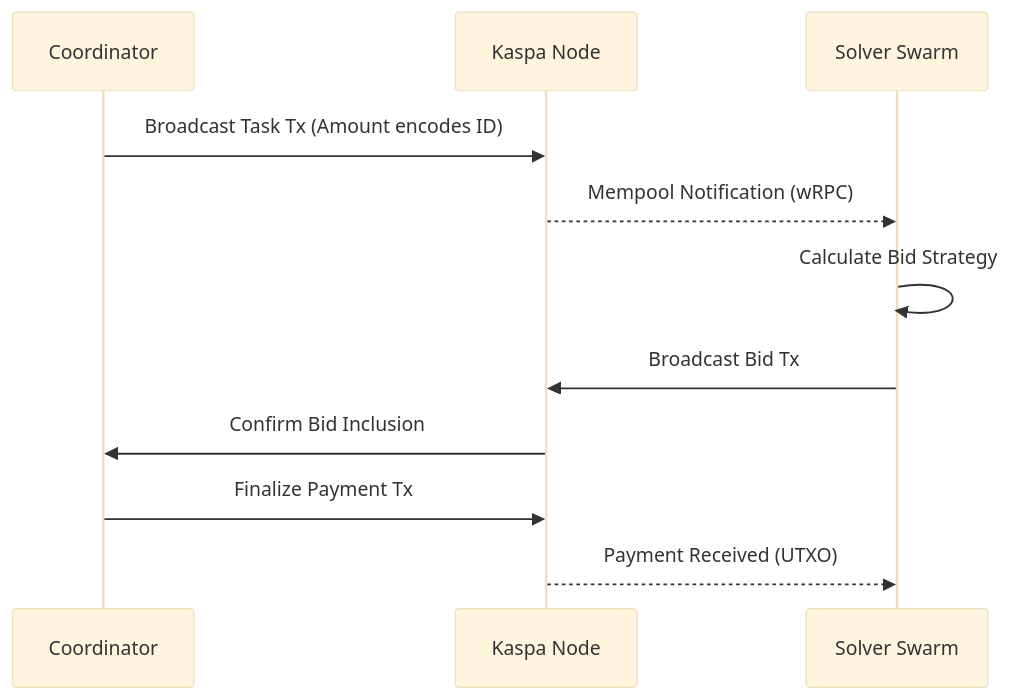
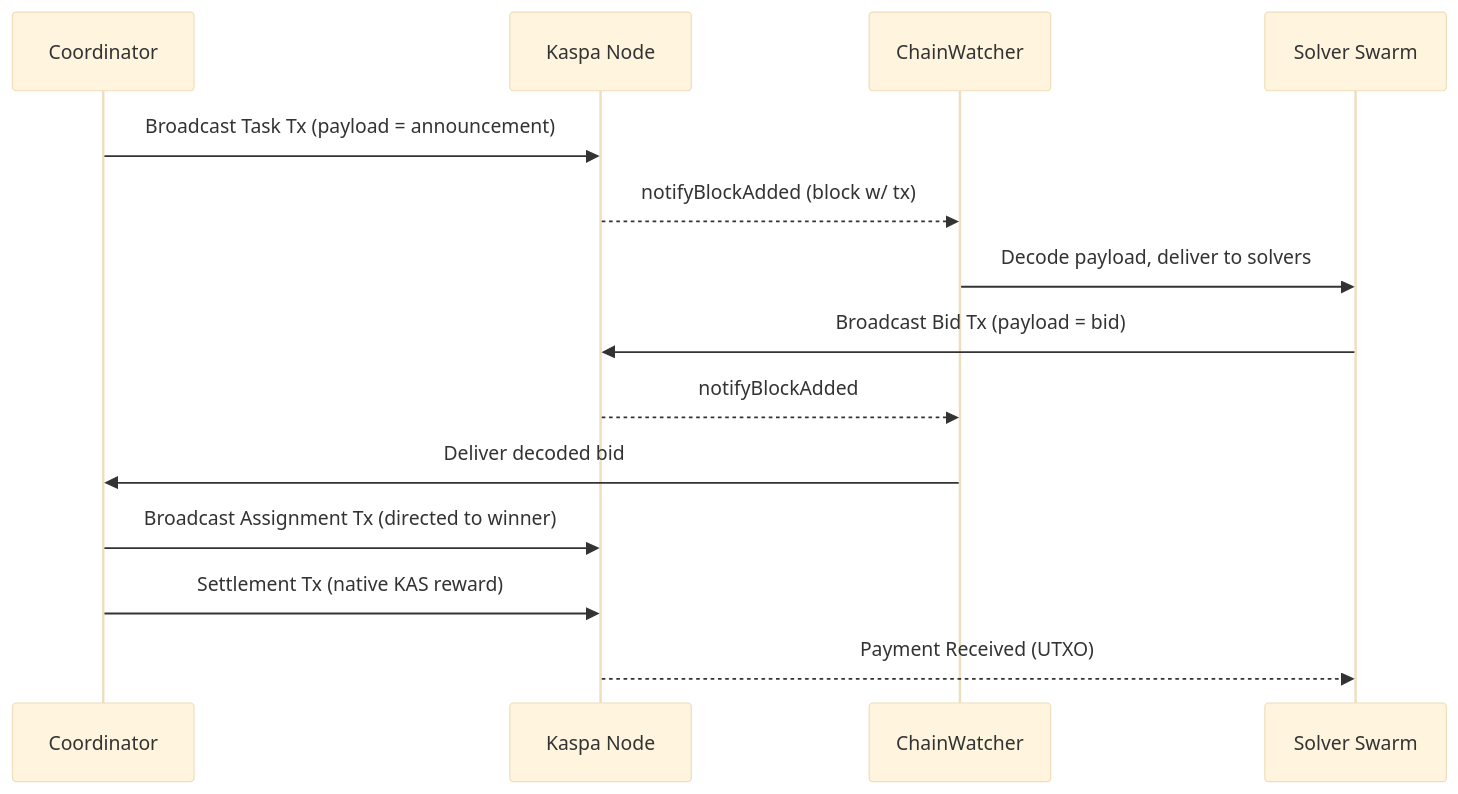
The second of 2 diagrams in README.md (Nihal-Pandey-2302/kaspaswarm), drawn with Mermaid (base theme) before and after one commit. The commit also changed other lines of this file and 36 other files, not shown here.

````diff
--- a/README.md
+++ b/README.md
@@ -96,14 +120,17 @@
 ```mermaid
 sequenceDiagram
     participant C as Coordinator
     participant K as Kaspa Node
+    participant W as ChainWatcher
     participant S as Solver Swarm
 
-    C->>K: Broadcast Task Tx (Amount encodes ID)
-    K-->>S: Mempool Notification (wRPC)
-    S->>S: Calculate Bid Strategy
-    S->>K: Broadcast Bid Tx
-    K->>C: Confirm Bid Inclusion
-    C->>K: Finalize Payment Tx
+    C->>K: Broadcast Task Tx (payload = announcement)
+    K-->>W: notifyBlockAdded (block w/ tx)
+    W->>S: Decode payload, deliver to solvers
+    S->>K: Broadcast Bid Tx (payload = bid)
+    K-->>W: notifyBlockAdded
+    W->>C: Deliver decoded bid
+    C->>K: Broadcast Assignment Tx (directed to winner)
+    C->>K: Settlement Tx (native KAS reward)
     K-->>S: Payment Received (UTXO)
 ```
````
